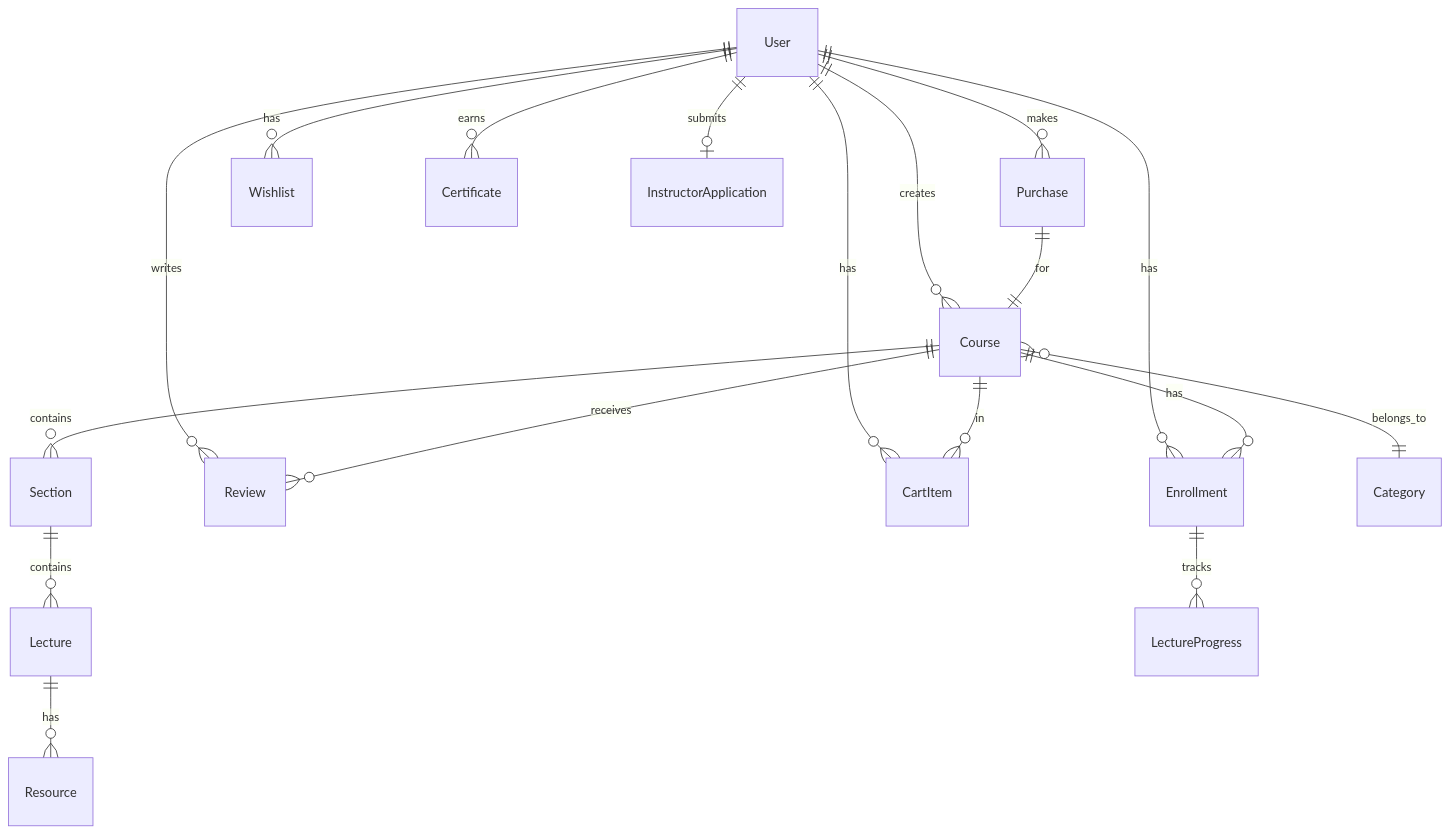
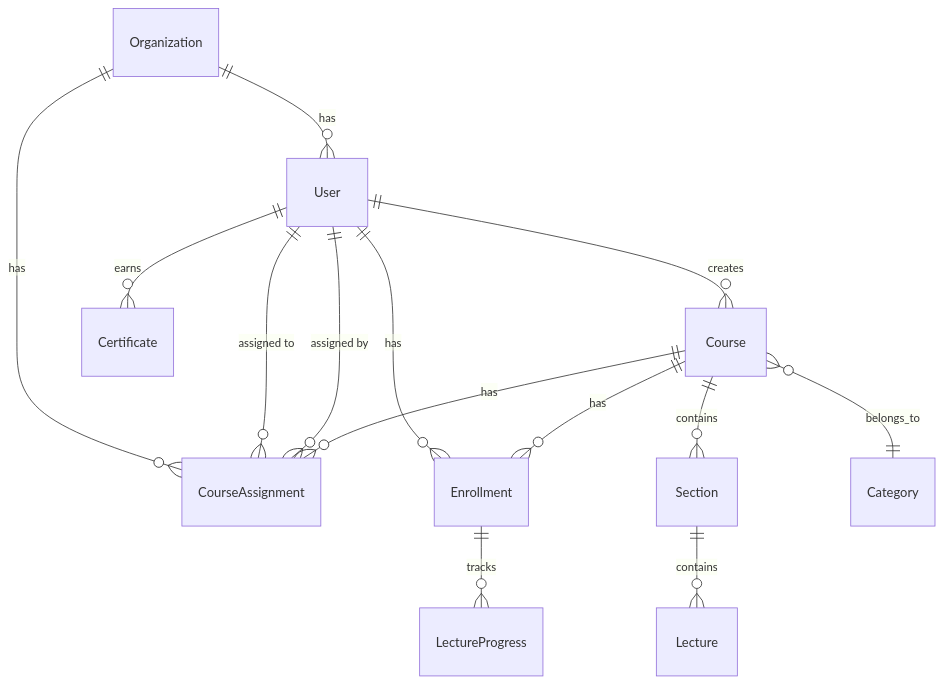
Before and after one commit to alfredang/learnify-childcare: the diagram in README.md, drawn with Mermaid. The commit also changed other lines of this file, not shown here.

````diff
--- a/README.md
+++ b/README.md
@@ -259,20 +194,16 @@
 ```mermaid
 erDiagram
+    Organization ||--o{ User : has
+    Organization ||--o{ CourseAssignment : has
+    User ||--o{ Enrollment : has
+    User ||--o{ CourseAssignment : "assigned to"
+    User ||--o{ CourseAssignment : "assigned by"
     User ||--o{ Course : creates
-    User ||--o{ Enrollment : has
-    User ||--o{ Review : writes
-    User ||--o{ Purchase : makes
-    User ||--o{ Wishlist : has
-    User ||--o{ CartItem : has
     User ||--o{ Certificate : earns
-    User ||--o| InstructorApplication : submits
     Course ||--o{ Section : contains
+    Course ||--o{ Enrollment : has
+    Course ||--o{ CourseAssignment : has
+    Course }o--|| Category : belongs_to
     Section ||--o{ Lecture : contains
-    Lecture ||--o{ Resource : has
-    Course ||--o{ Enrollment : has
-    Course ||--o{ Review : receives
-    Course ||--o{ CartItem : in
-    Course }o--|| Category : belongs_to
     Enrollment ||--o{ LectureProgress : tracks
-    Purchase ||--|| Course : for
 ```
````
